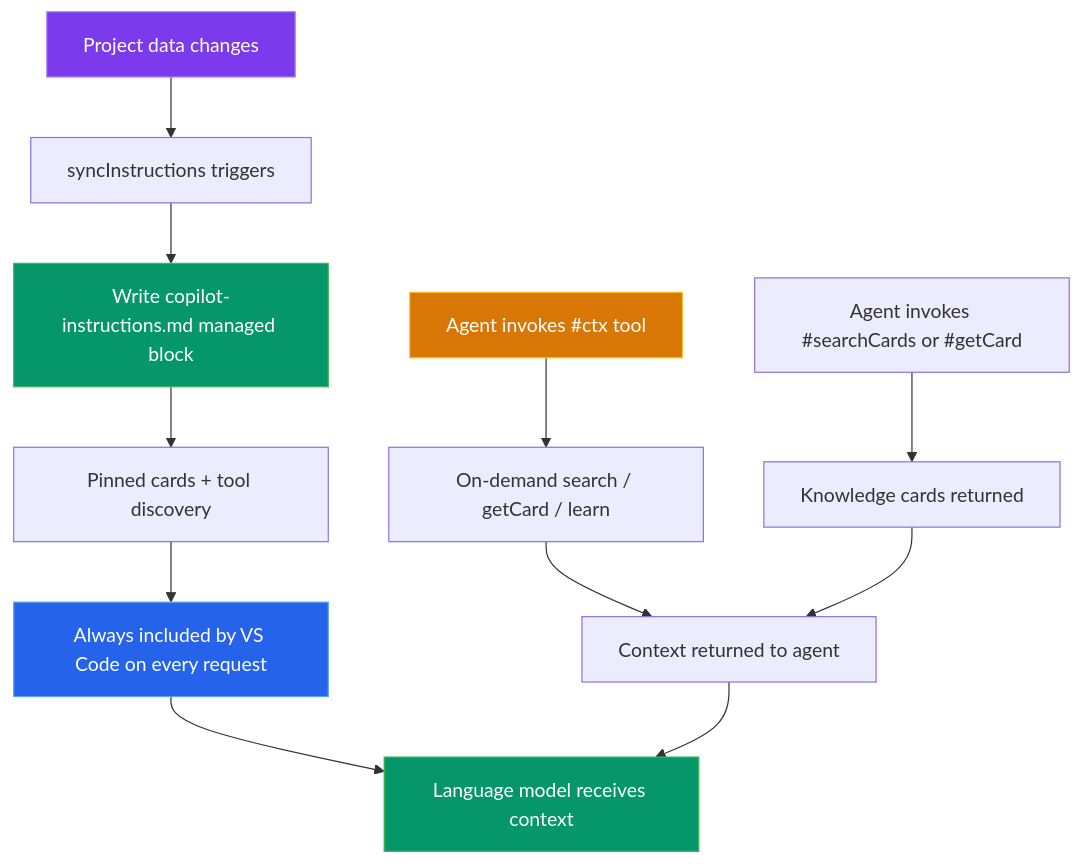
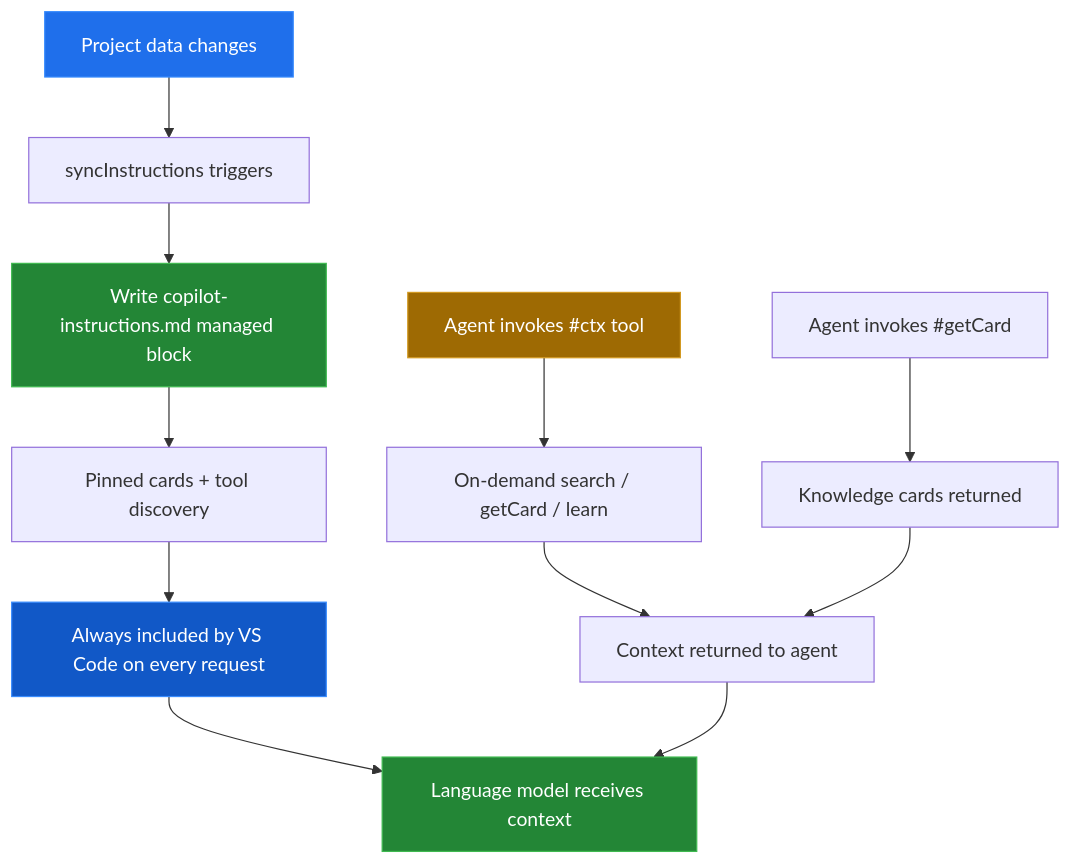
Before and after one commit to GittyHarsha/ContextManager: the fourth of 4 diagrams in docs/architecture/data-flow.md, drawn with Mermaid. The commit also changed other lines of this file and 86 other files, not shown here.

```diff
--- a/docs/architecture/data-flow.md
+++ b/docs/architecture/data-flow.md
@@ -152,22 +148,22 @@
 <pre class="mermaid">
 graph TD
     A[Project data changes] --> B[syncInstructions triggers]
     B --> C[Write copilot-instructions.md managed block]
     C --> D[Pinned cards + tool discovery]
     D --> G[Always included by VS Code on every request]
 
     E["Agent invokes #ctx tool"] --> F[On-demand search / getCard / learn]
     F --> H[Context returned to agent]
 
-    I["Agent invokes #searchCards or #getCard"] --> J[Knowledge cards returned]
+    I["Agent invokes #getCard"] --> J[Knowledge cards returned]
     J --> H
 
     G --> K[Language model receives context]
     H --> K
 
-    style A fill:#7c3aed,stroke:#a78bfa,color:#fff
-    style C fill:#059669,stroke:#3fb950,color:#fff
-    style G fill:#2563eb,stroke:#58a6ff,color:#fff
-    style E fill:#d97706,stroke:#fbbf24,color:#fff
-    style K fill:#059669,stroke:#3fb950,color:#fff
+    style A fill:#1f6feb,stroke:#388bfd,color:#fff
+    style C fill:#238636,stroke:#3fb950,color:#fff
+    style G fill:#1158c7,stroke:#388bfd,color:#fff
+    style E fill:#9e6a03,stroke:#d29922,color:#fff
+    style K fill:#238636,stroke:#3fb950,color:#fff
 </pre>
```
